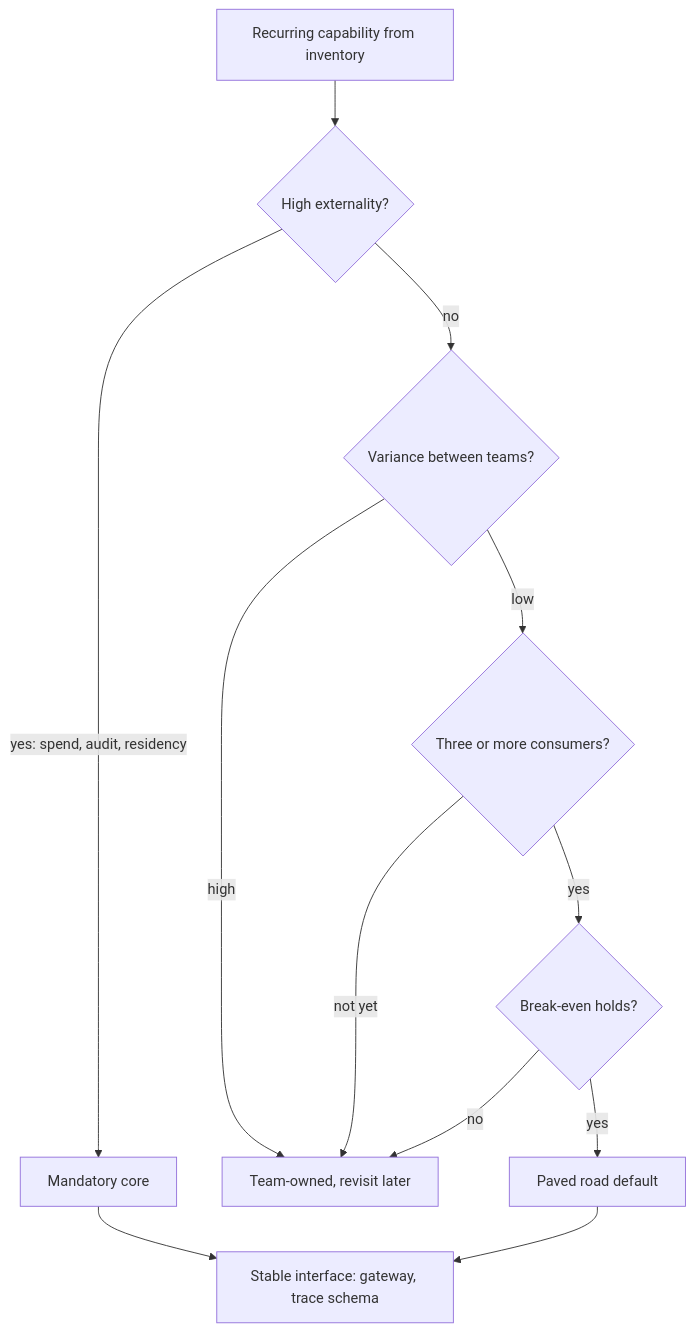
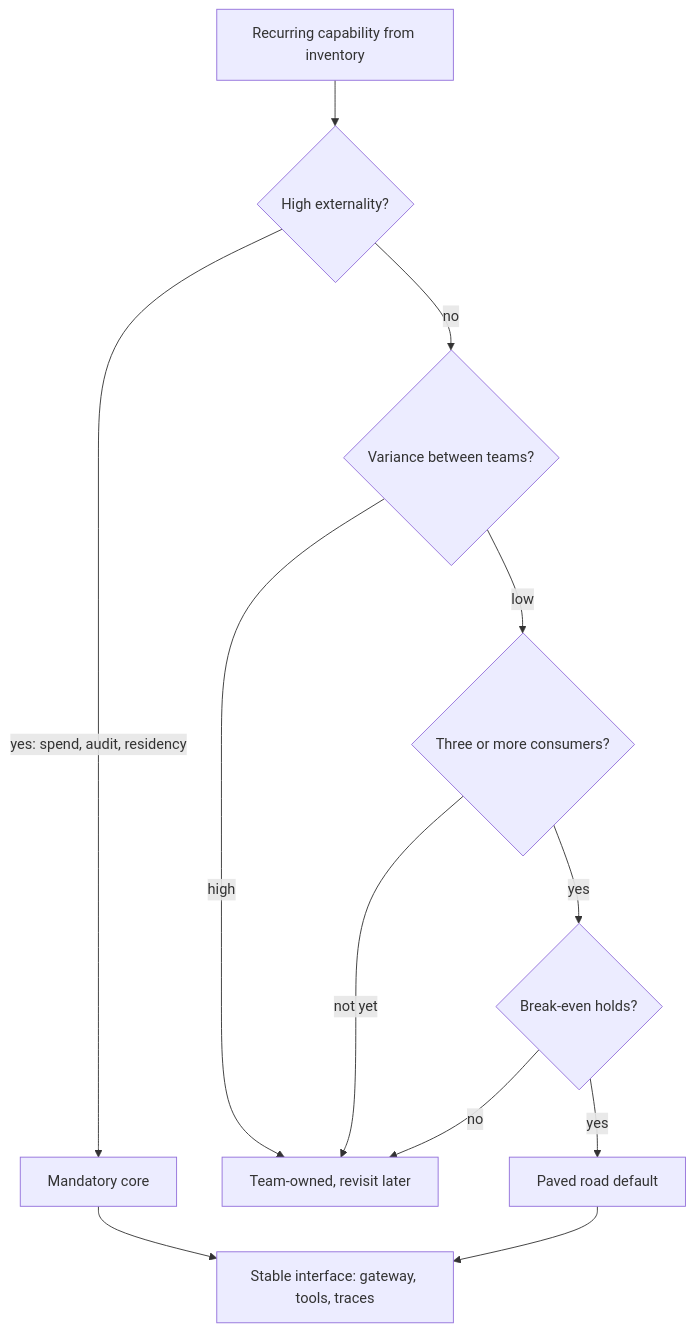
Before and after one commit to lovishmahajan97/agentic-learning: the diagram in content/strategy/platform-strategy.md, drawn with Mermaid. The commit also changed other lines of this file and 454 other files, not shown here.

````diff
--- a/content/strategy/platform-strategy.md
+++ b/content/strategy/platform-strategy.md
@@ -116,14 +144,14 @@
 ```mermaid
 flowchart TD
     C["Recurring capability from inventory"] --> X{"High externality?"}
     X -->|"yes: spend, audit, residency"| CORE["Mandatory core"]
     X -->|"no"| V{"Variance between teams?"}
     V -->|"high"| TEAM["Team-owned, revisit later"]
     V -->|"low"| N{"Three or more consumers?"}
     N -->|"not yet"| TEAM
     N -->|"yes"| E{"Break-even holds?"}
     E -->|"yes"| PAVED["Paved road default"]
     E -->|"no"| TEAM
-    CORE --> I["Stable interface: gateway, trace schema"]
+    CORE --> I["Stable interface: gateway, tools, traces"]
     PAVED --> I
 ```
````
